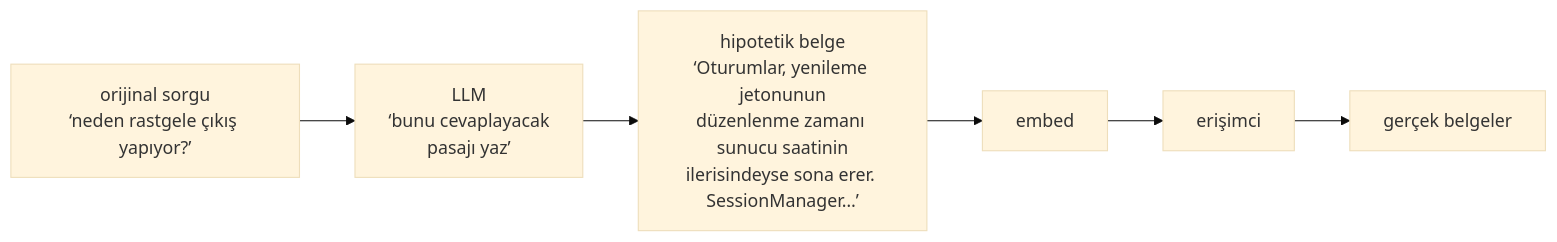
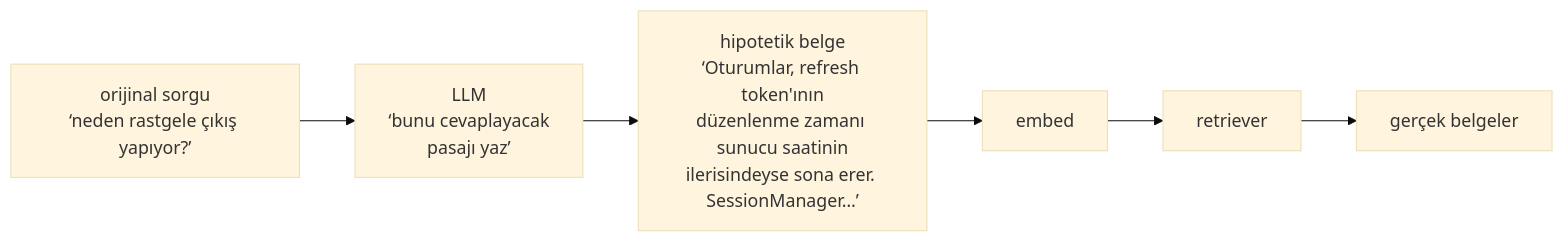
Before and after one commit to fport/milvus-rag: the second of 4 diagrams in docs/rag/04-query.tr.md, drawn with Mermaid (base theme). The commit also changed other lines of this file and 15 other files, not shown here.

````diff
--- a/docs/rag/04-query.tr.md
+++ b/docs/rag/04-query.tr.md
@@ -53,8 +53,8 @@
 ```mermaid
 flowchart LR
     Q["orijinal sorgu<br>‘neden rastgele çıkış yapıyor?’"] --> LLM["LLM<br>‘bunu cevaplayacak<br>pasajı yaz’"]
-    LLM --> HYDE["hipotetik belge<br>‘Oturumlar, yenileme jetonunun<br>düzenlenme zamanı sunucu saatinin<br>ilerisindeyse sona erer. SessionManager…’"]
+    LLM --> HYDE["hipotetik belge<br>‘Oturumlar, refresh token'ının<br>düzenlenme zamanı sunucu saatinin<br>ilerisindeyse sona erer. SessionManager…’"]
     HYDE --> EMB["embed"]
-    EMB --> RET["erişimci"]
+    EMB --> RET["retriever"]
     RET --> HITS["gerçek belgeler"]
 ```
````
